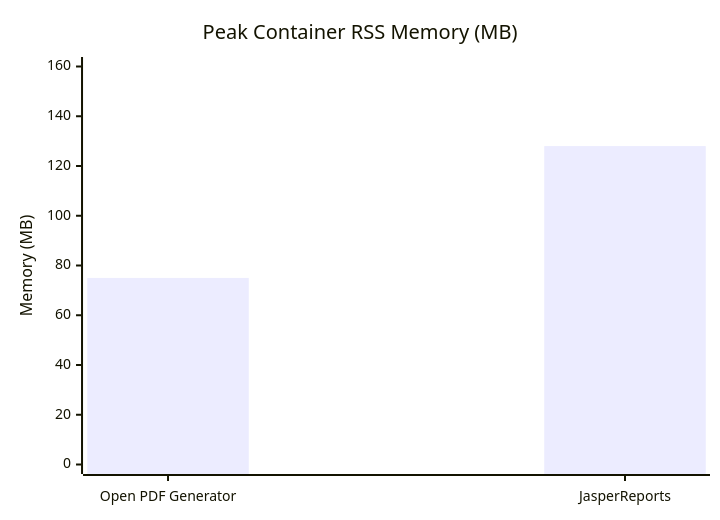
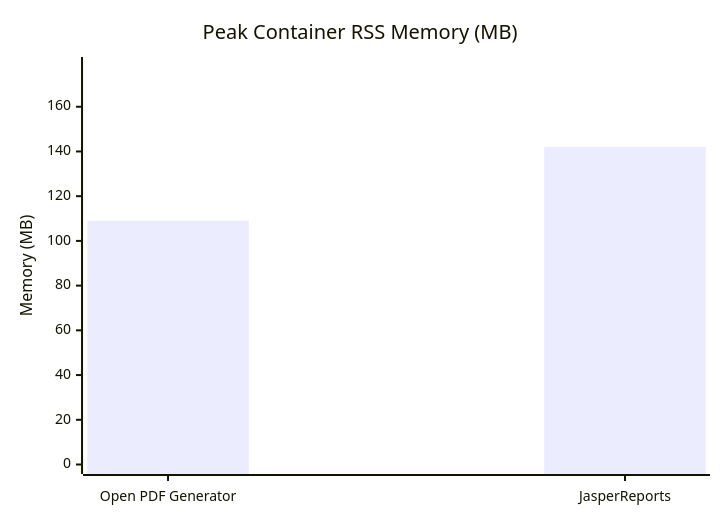
Before and after one commit to adilsoncruz/open-pdf-generator: the second of 3 diagrams in docs/lib/benchmark.md, drawn with Mermaid. The commit also changed other lines of this file, not shown here.

````diff
--- a/docs/lib/benchmark.md
+++ b/docs/lib/benchmark.md
@@ -120,7 +120,7 @@
 ```mermaid
 xychart-beta
     title "Peak Container RSS Memory (MB)"
     x-axis ["Open PDF Generator", "JasperReports"]
-    y-axis "Memory (MB)" 0 --> 160
-    bar [75, 128]
+    y-axis "Memory (MB)" 0 --> 178
+    bar [109, 142]
 ```
````
